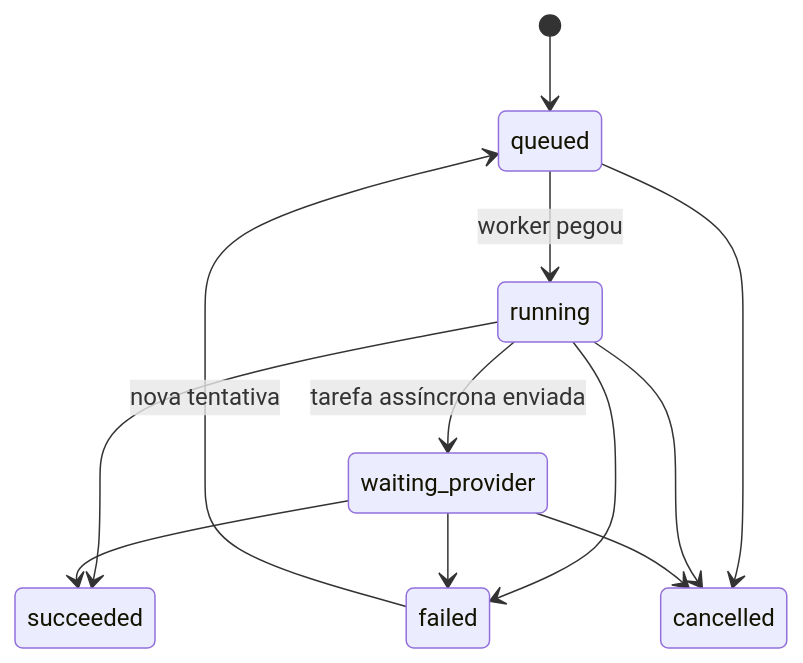
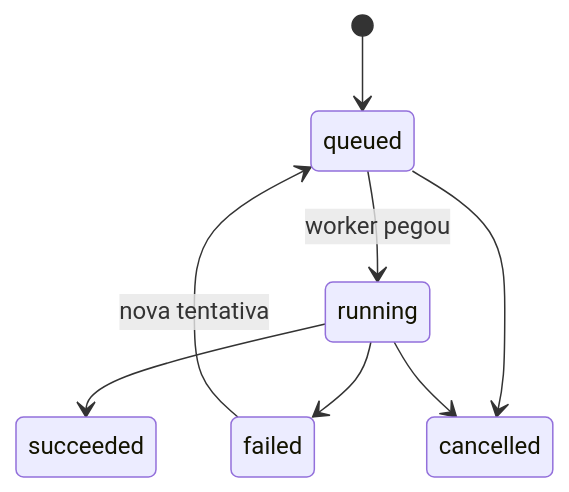
Before and after one commit to jeference/kubo: the third of 5 diagrams in docs/ARQUITETURA.md, drawn with Mermaid. The commit also changed other lines of this file and 57 other files, not shown here.

````diff
--- a/docs/ARQUITETURA.md
+++ b/docs/ARQUITETURA.md
@@ -298,14 +288,10 @@
 ```mermaid
 stateDiagram-v2
     [*] --> queued
     queued --> running: worker pegou
-    running --> waiting_provider: tarefa assíncrona enviada
     running --> succeeded
-    waiting_provider --> succeeded
     running --> failed
-    waiting_provider --> failed
     failed --> queued: nova tentativa
     queued --> cancelled
     running --> cancelled
-    waiting_provider --> cancelled
 ```
````
